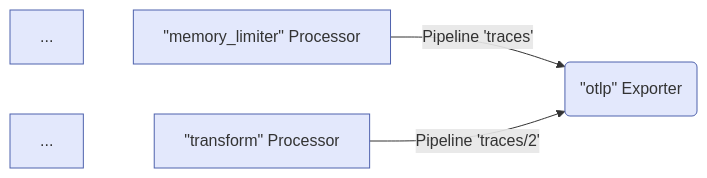
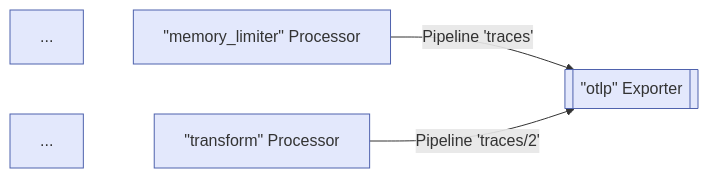
The third of 7 diagrams in content/en/docs/collector/architecture.md (open-telemetry/opentelemetry.io), drawn with Mermaid before and after one commit.

Commit message:
Fix Exporter diagram

````diff
--- a/content/en/docs/collector/architecture.md
+++ b/content/en/docs/collector/architecture.md
@@ -192,9 +192,9 @@
 ```mermaid
 flowchart LR
     M1[...] ~~~ P1["`#quot;memory_limiter#quot; Processor`"]
     M2[...] ~~~ P2["`#quot;transform#quot; Processor`"]
-    P1 -->|Pipeline 'traces'|E1("`#quot;otlp#quot; Exporter`")
-    P2 -->|Pipeline 'traces/2'|E1("`#quot;otlp#quot; Exporter`")
+    P1 -->|Pipeline 'traces'|E1[["`#quot;otlp#quot; Exporter`"]]
+    P2 -->|Pipeline 'traces/2'|E1
 
     classDef default fill:#e3e8fc,stroke:#4f62ad;
 ```
````
